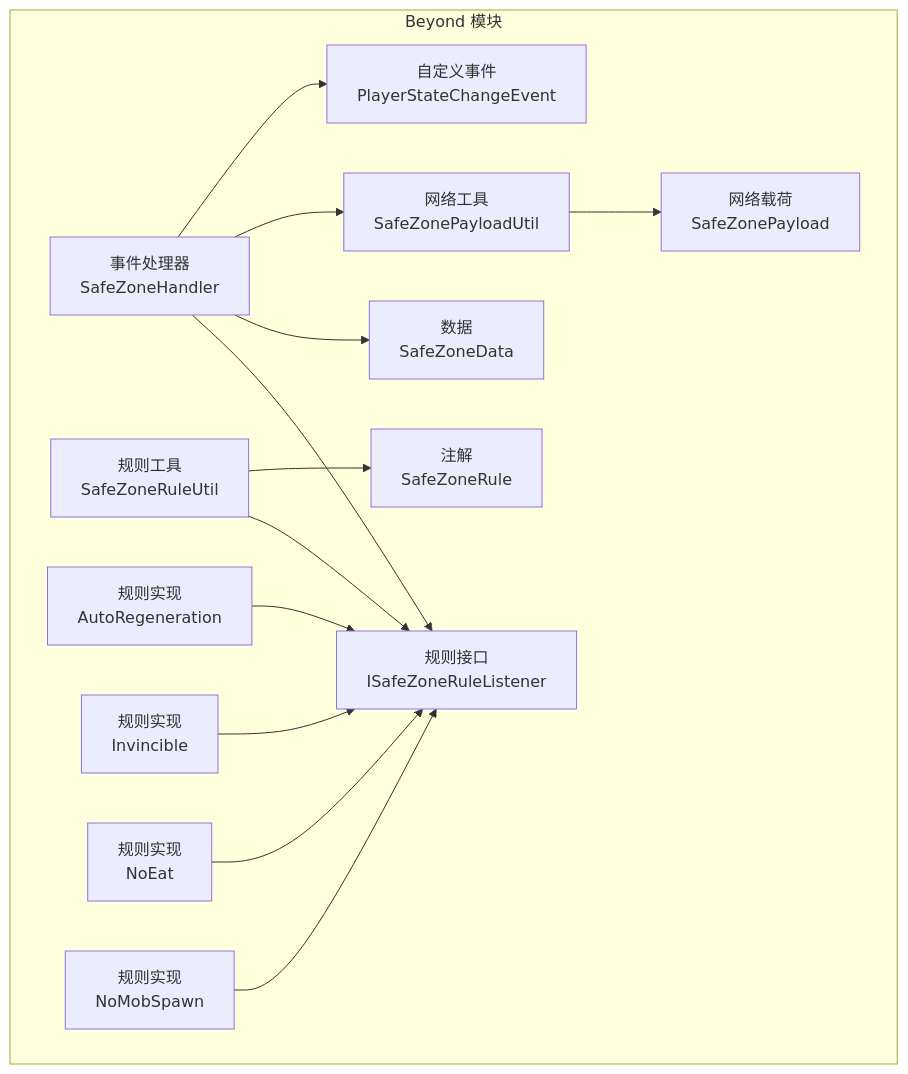
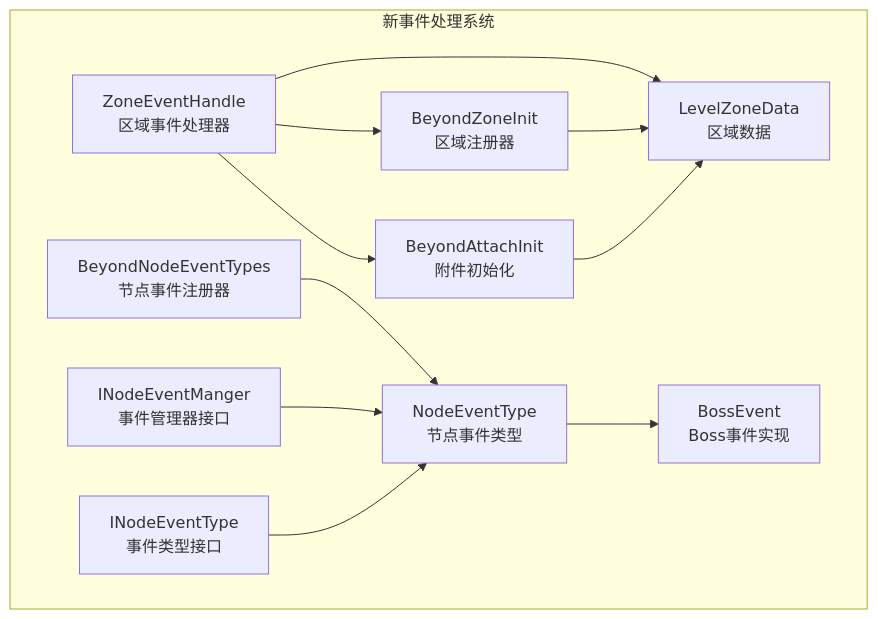
One commit to Ver-shift/SubModulesGeneHunter changed the first of 4 diagrams in .qoder/repowiki/zh/content/模块架构/Beyond安全区模块/事件处理系统.md. Above: the diagram before and after it, drawn with Mermaid. The commit also changed other lines of this file and 42 other files, not shown here.

````diff
--- a/.qoder/repowiki/zh/content/模块架构/Beyond安全区模块/事件处理系统.md
+++ b/.qoder/repowiki/zh/content/模块架构/Beyond安全区模块/事件处理系统.md
@@ -42,28 +48,23 @@
 ```mermaid
 graph TB
-subgraph "Beyond 模块"
-EH["事件处理器<br/>SafeZoneHandler"]
-SRU["规则工具<br/>SafeZoneRuleUtil"]
-SZD["数据<br/>SafeZoneData"]
-PSCE["自定义事件<br/>PlayerStateChangeEvent"]
-SZPU["网络工具<br/>SafeZonePayloadUtil"]
-SZP["网络载荷<br/>SafeZonePayload"]
-ISR["规则接口<br/>ISafeZoneRuleListener"]
-SZRA["注解<br/>SafeZoneRule"]
-R1["规则实现<br/>AutoRegeneration"]
-R2["规则实现<br/>Invincible"]
-R3["规则实现<br/>NoEat"]
-R4["规则实现<br/>NoMobSpawn"]
+subgraph "新事件处理系统"
+ZEH["ZoneEventHandle<br/>区域事件处理器"]
+BAI["BeyondAttachInit<br/>附件初始化"]
+BZI["BeyondZoneInit<br/>区域注册器"]
+BNE["BeyondNodeEventTypes<br/>节点事件注册器"]
+LED["LevelZoneData<br/>区域数据"]
+NET["NodeEventType<br/>节点事件类型"]
+BE["BossEvent<br/>Boss事件实现"]
+IEM["INodeEventManger<br/>事件管理器接口"]
+IET["INodeEventType<br/>事件类型接口"]
 end
-EH --> ISR
-EH --> SZD
-EH --> SZPU
-EH --> PSCE
-SRU --> ISR
-SRU --> SZRA
-SZPU --> SZP
-R1 --> ISR
-R2 --> ISR
-R3 --> ISR
-R4 --> ISR
+ZEH --> BAI
+ZEH --> BZI
+ZEH --> LED
+BZI --> LED
+BAI --> LED
+BNE --> NET
+NET --> BE
+IEM --> NET
+IET --> NET
 ```
````
